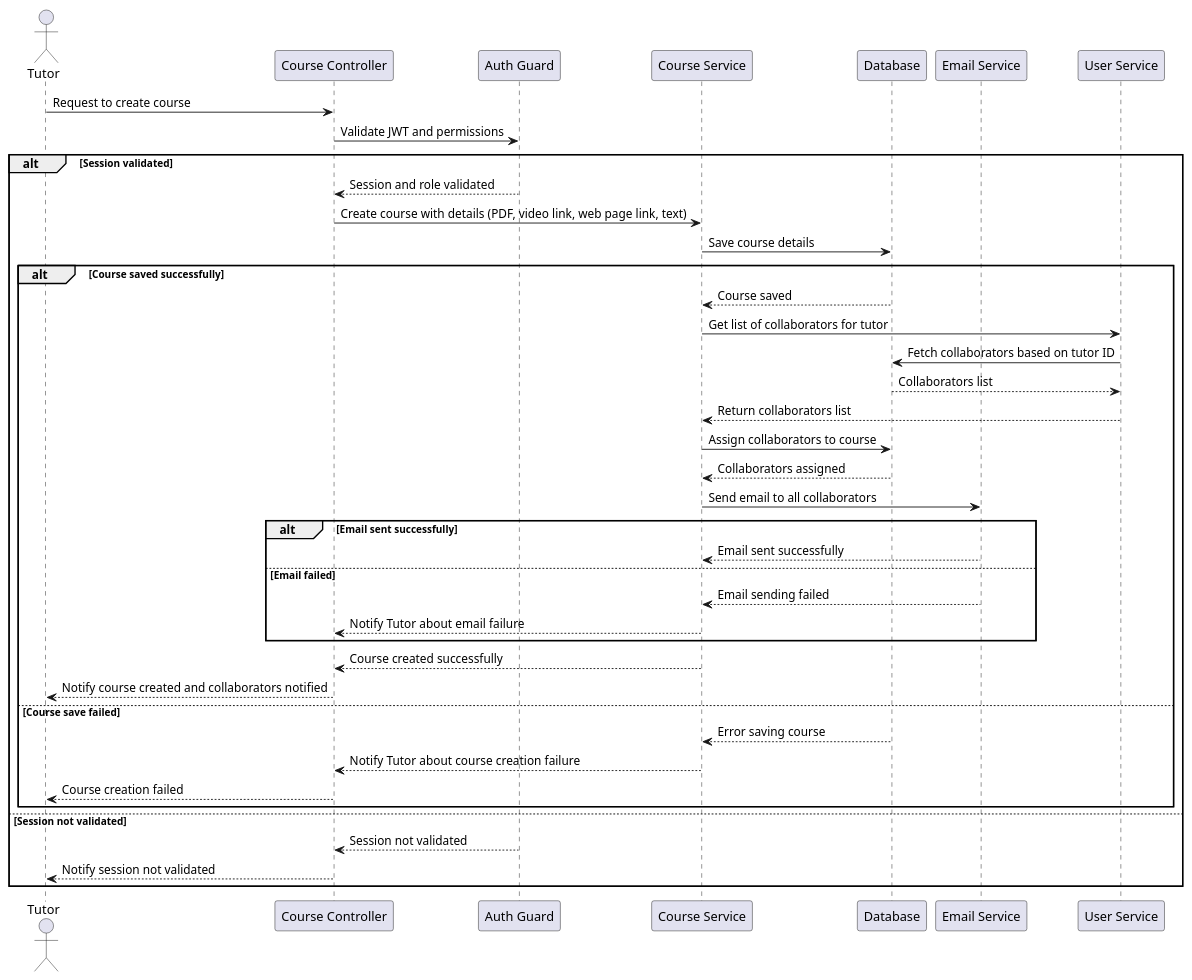
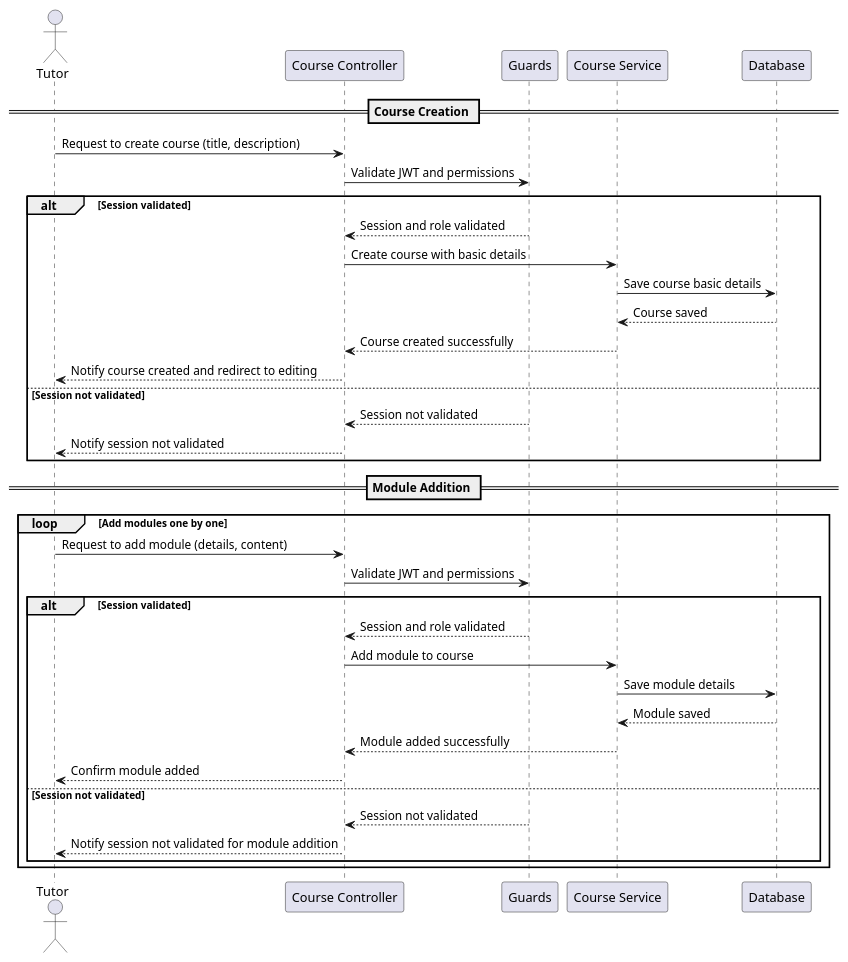
The diagram in UML/sequence/sequence_course_creation.pu (Davidben75/Elearn_api), drawn with PlantUML before and after one commit. The commit also changed 3 other files, not shown here.

Commit message:
update diagramms and add new one

```diff
--- a/UML/sequence/sequence_course_creation.pu
+++ b/UML/sequence/sequence_course_creation.pu
@@ -1,51 +1,46 @@
-@startuml "Course creation"
+@startuml "Course Creation and Module Addition"
 
 actor Tutor
 participant "Course Controller" as CourseController
-participant "Auth Guard" as AuthGuard
+participant "Guards" as Guards
 participant "Course Service" as CourseService
 participant "Database" as Database
-participant "Email Service" as EmailService
-participant "User Service" as UserService
 
-Tutor -> CourseController: Request to create course
-CourseController -> AuthGuard: Validate JWT and permissions
+== Course Creation ==
+Tutor -> CourseController: Request to create course (title, description)
+CourseController -> Guards: Validate JWT and permissions
 
 alt Session validated
-    AuthGuard --> CourseController: Session and role validated
-    CourseController -> CourseService: Create course with details (PDF, video link, web page link, text)
+    Guards --> CourseController: Session and role validated
+    CourseController -> CourseService: Create course with basic details
 
-    CourseService -> Database: Save course details
-    alt Course saved successfully
-        Database --> CourseService: Course saved
+    CourseService -> Database: Save course basic details
+    Database --> CourseService: Course saved
 
-        CourseService -> UserService: Get list of collaborators for tutor
-        UserService -> Database: Fetch collaborators based on tutor ID
-        Database --> UserService: Collaborators list
-        UserService --> CourseService: Return collaborators list
-
-        CourseService -> Database: Assign collaborators to course
-        Database --> CourseService: Collaborators assigned
-
-        CourseService -> EmailService: Send email to all collaborators
-        alt Email sent successfully
-            EmailService --> CourseService: Email sent successfully
-        else Email failed
-            EmailService --> CourseService: Email sending failed
-            CourseService --> CourseController: Notify Tutor about email failure
-        end
-
-        CourseService --> CourseController: Course created successfully
-        CourseController --> Tutor: Notify course created and collaborators notified
-    else Course save failed
-        Database --> CourseService: Error saving course
-        CourseService --> CourseController: Notify Tutor about course creation failure
-        CourseController --> Tutor: Course creation failed
-    end
+    CourseService --> CourseController: Course created successfully
+    CourseController --> Tutor: Notify course created and redirect to editing
 
 else Session not validated
-    AuthGuard --> CourseController: Session not validated
+    Guards --> CourseController: Session not validated
     CourseController --> Tutor: Notify session not validated
 end
 
+== Module Addition ==
+loop Add modules one by one
+    Tutor -> CourseController: Request to add module (details, content)
+    CourseController -> Guards: Validate JWT and permissions
+
+    alt Session validated
+        Guards --> CourseController: Session and role validated
+        CourseController -> CourseService: Add module to course
+        CourseService -> Database: Save module details
+        Database --> CourseService: Module saved
+        CourseService --> CourseController: Module added successfully
+        CourseController --> Tutor: Confirm module added
+    else Session not validated
+        Guards --> CourseController: Session not validated
+        CourseController --> Tutor: Notify session not validated for module addition
+    end
+end
+
 @enduml
```
